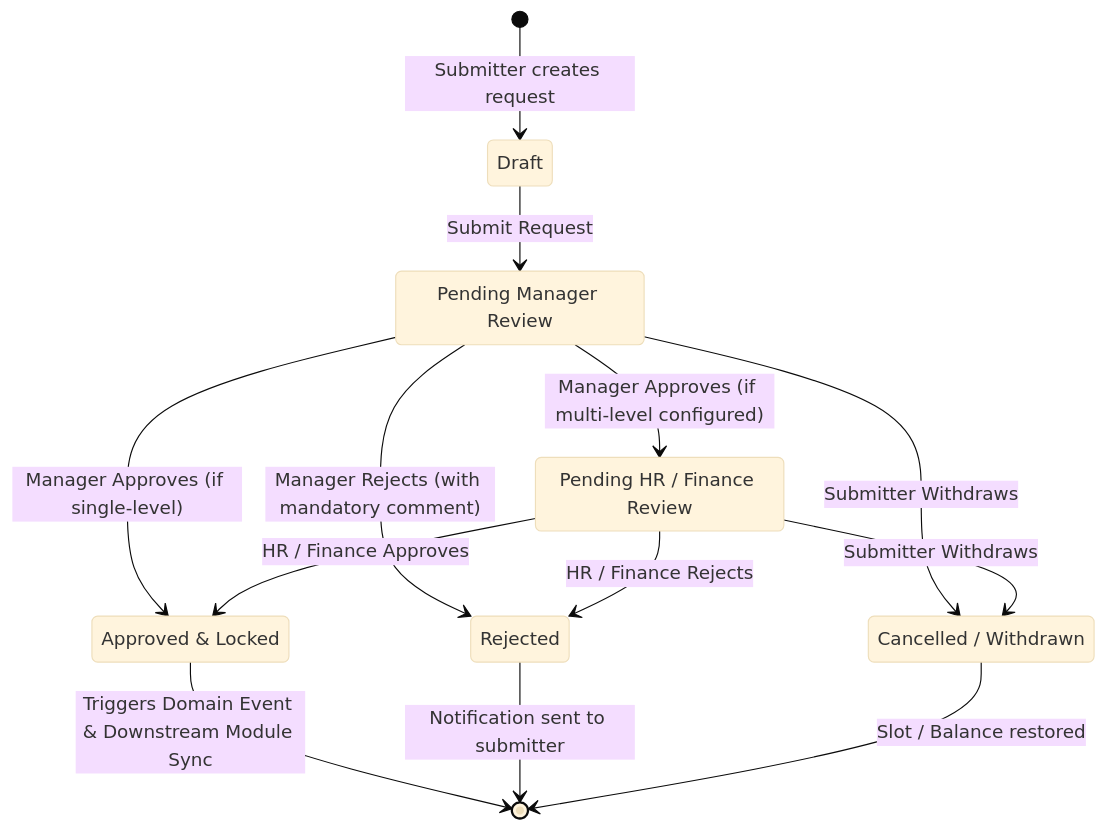
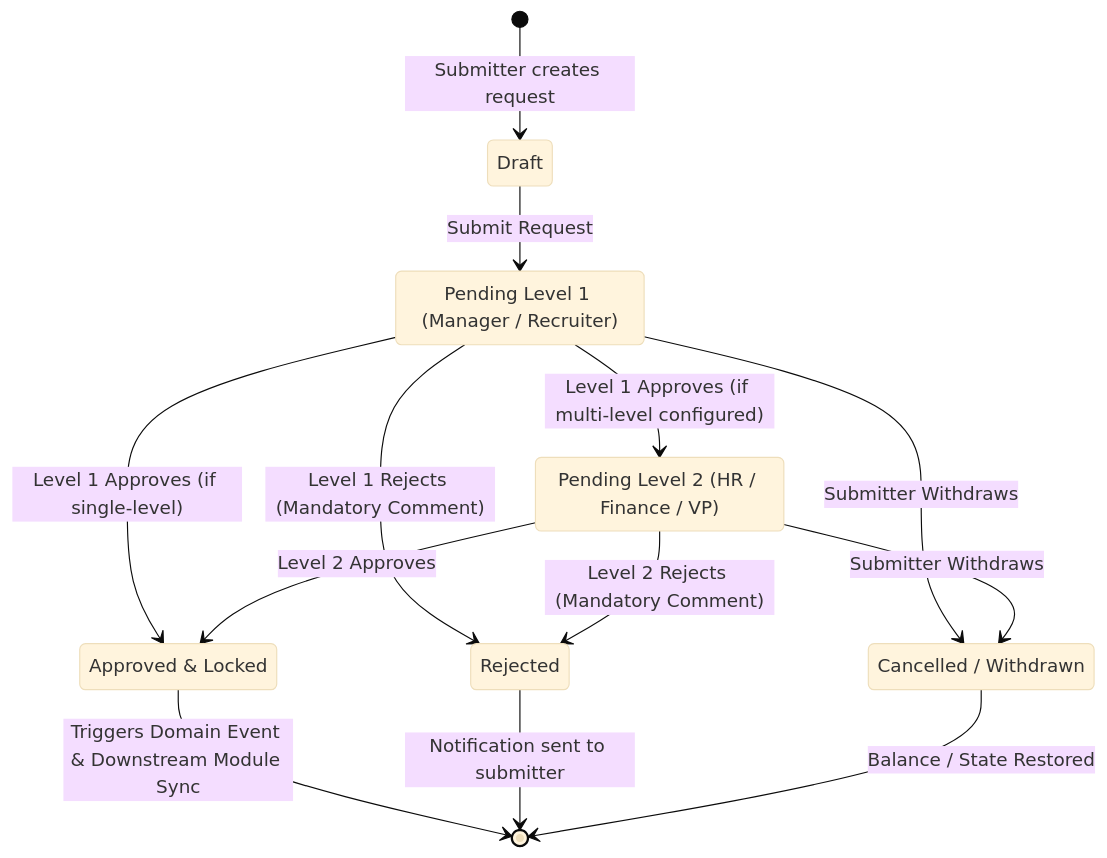
Before and after one commit to satyakidushyant/workora: the seventh of 11 diagrams in backend/docs/TechnicalDocument.md, drawn with Mermaid (base theme). The commit also changed other lines of this file and 16 other files, not shown here.

````diff
--- a/backend/docs/TechnicalDocument.md
+++ b/backend/docs/TechnicalDocument.md
@@ -688,24 +742,24 @@
 ```mermaid
 stateDiagram-v2
     [*] --> Draft: Submitter creates request
-    Draft --> PendingManager: Submit Request
+    Draft --> PendingLevel1: Submit Request
     
-    state "Pending Manager Review" as PendingManager
-    state "Pending HR / Finance Review" as PendingHRFinance
+    state "Pending Level 1 (Manager / Recruiter)" as PendingLevel1
+    state "Pending Level 2 (HR / Finance / VP)" as PendingLevel2
     state "Approved & Locked" as Approved
     state "Rejected" as Rejected
     state "Cancelled / Withdrawn" as Cancelled
 
-    PendingManager --> PendingHRFinance: Manager Approves (if multi-level configured)
-    PendingManager --> Approved: Manager Approves (if single-level)
-    PendingManager --> Rejected: Manager Rejects (with mandatory comment)
-    PendingManager --> Cancelled: Submitter Withdraws
+    PendingLevel1 --> PendingLevel2: Level 1 Approves (if multi-level configured)
+    PendingLevel1 --> Approved: Level 1 Approves (if single-level)
+    PendingLevel1 --> Rejected: Level 1 Rejects (Mandatory Comment)
+    PendingLevel1 --> Cancelled: Submitter Withdraws
 
-    PendingHRFinance --> Approved: HR / Finance Approves
-    PendingHRFinance --> Rejected: HR / Finance Rejects
-    PendingHRFinance --> Cancelled: Submitter Withdraws
+    PendingLevel2 --> Approved: Level 2 Approves
+    PendingLevel2 --> Rejected: Level 2 Rejects (Mandatory Comment)
+    PendingLevel2 --> Cancelled: Submitter Withdraws
 
     Approved --> [*]: Triggers Domain Event & Downstream Module Sync
     Rejected --> [*]: Notification sent to submitter
-    Cancelled --> [*]: Slot / Balance restored
+    Cancelled --> [*]: Balance / State Restored
 ```
````
